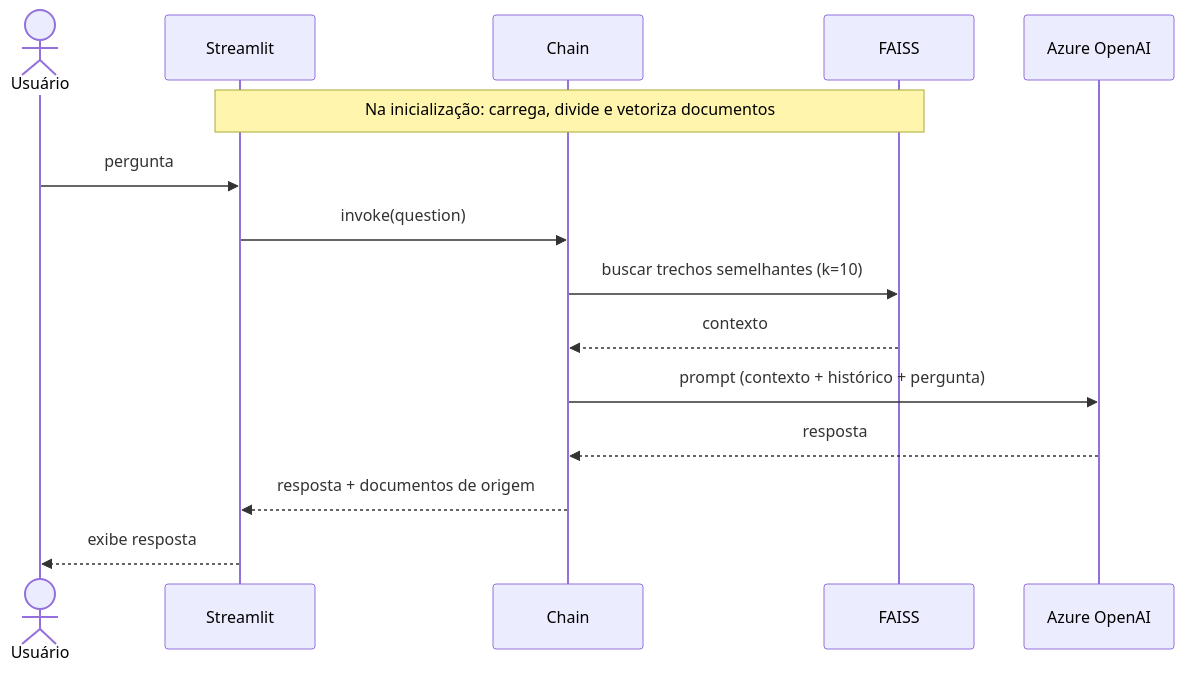
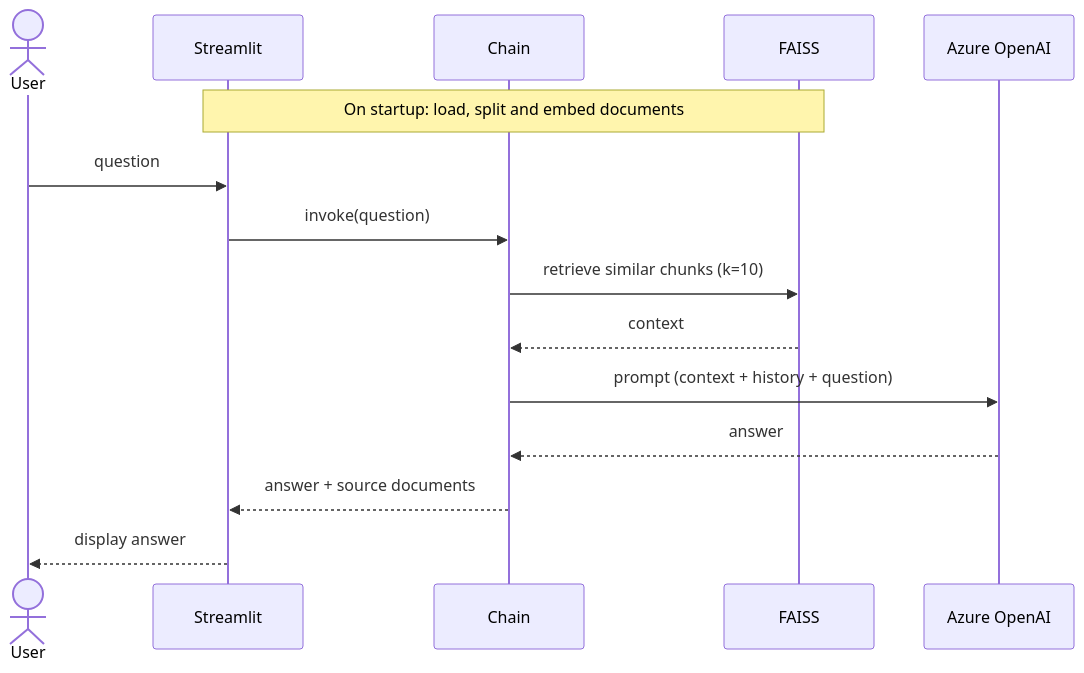
One commit to dgmodesto/chat-rag-azure-openai changed the second of 2 diagrams in README.md. Above: the diagram before and after it, drawn with Mermaid. The commit also changed other lines of this file, not shown here.

````diff
--- a/README.md
+++ b/README.md
@@ -24,17 +24,17 @@
 ```mermaid
 sequenceDiagram
-    actor U as Usuário
+    actor U as User
     participant S as Streamlit
     participant C as Chain
     participant V as FAISS
     participant L as Azure OpenAI
-    Note over S,V: Na inicialização: carrega, divide e vetoriza documentos
-    U->>S: pergunta
+    Note over S,V: On startup: load, split and embed documents
+    U->>S: question
     S->>C: invoke(question)
-    C->>V: buscar trechos semelhantes (k=10)
-    V-->>C: contexto
-    C->>L: prompt (contexto + histórico + pergunta)
-    L-->>C: resposta
-    C-->>S: resposta + documentos de origem
-    S-->>U: exibe resposta
+    C->>V: retrieve similar chunks (k=10)
+    V-->>C: context
+    C->>L: prompt (context + history + question)
+    L-->>C: answer
+    C-->>S: answer + source documents
+    S-->>U: display answer
 ```
````
